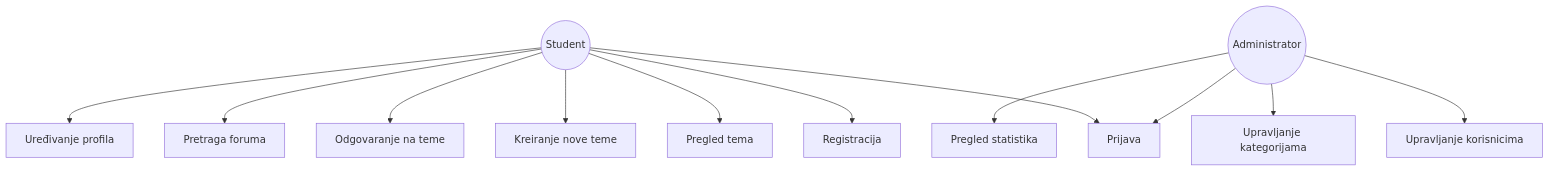
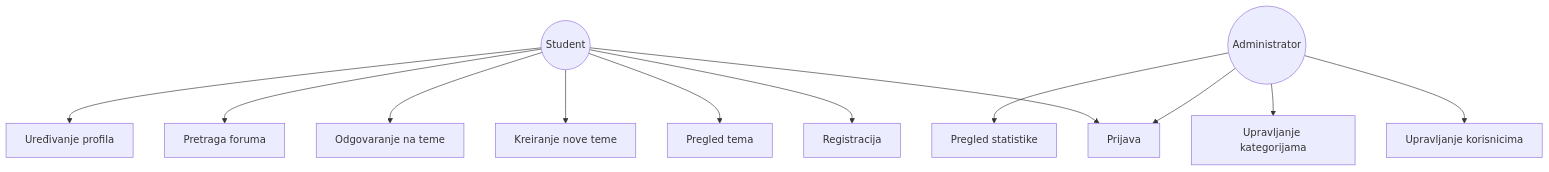
Before and after one commit to nibzard/2025-intro-swe: the diagram in projects/trikostura-sartori-pavic-listes/korisnik_i_administrator.mmd, drawn with Mermaid. The commit also changed 1 other file, not shown here.

```diff
--- a/projects/trikostura-sartori-pavic-listes/korisnik_i_administrator.mmd
+++ b/projects/trikostura-sartori-pavic-listes/korisnik_i_administrator.mmd
@@ -1,7 +1,7 @@
 ---
 config:
   layout: dagre
 ---
 flowchart TB
     Student(("Student")) --> UC1["Registracija"] & UC2["Prijava"] & UC3["Pregled tema"] & UC4["Kreiranje nove teme"] & UC5["Odgovaranje na teme"] & UC6["Pretraga foruma"] & UC7["Uređivanje profila"]
-    Admin(("Administrator")) --> UC2 & UC12["Upravljanje korisnicima"] & UC14["Upravljanje kategorijama"] & UC15["Pregled statistika"]
+    Admin(("Administrator")) --> UC2 & UC12["Upravljanje korisnicima"] & UC14["Upravljanje kategorijama"] & UC15["Pregled statistike"]
```
